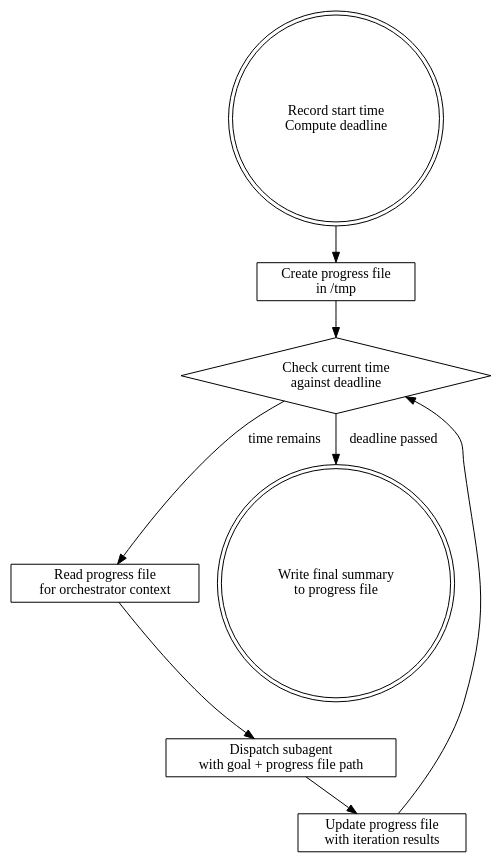
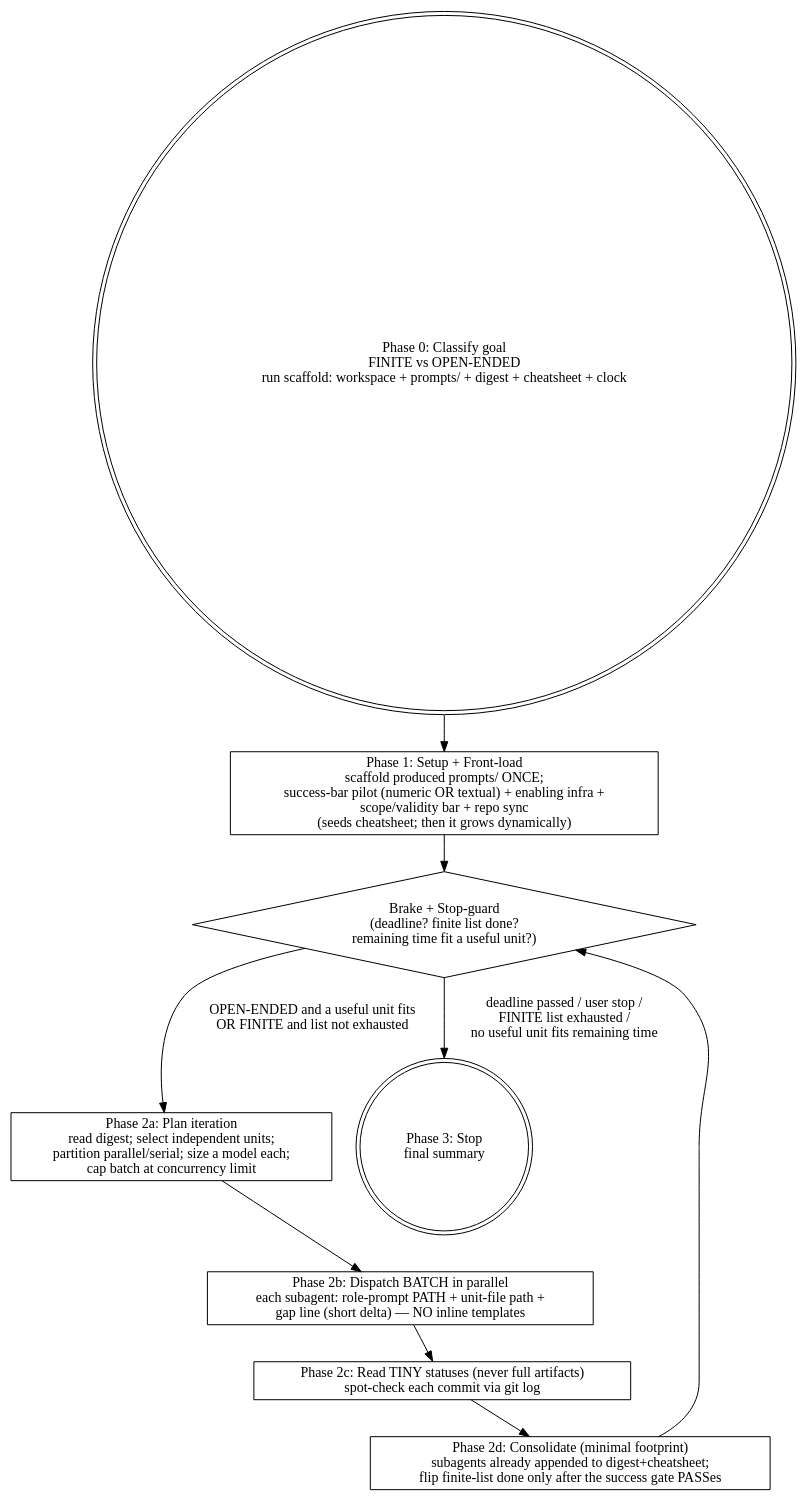
The diagram in skills/timeboxed-iterating/SKILL.md (micr-dev/ai), drawn with Graphviz before and after one commit. The commit also changed other lines of this file and 93 other files, not shown here.

````diff
--- a/skills/timeboxed-iterating/SKILL.md
+++ b/skills/timeboxed-iterating/SKILL.md
@@ -38,21 +151,20 @@
 ```dot
 digraph timeboxed {
     rankdir=TB;
     node [shape=box];
 
-    start [label="Record start time\nCompute deadline" shape=doublecircle];
-    init [label="Create progress file\nin /tmp"];
-    check [label="Check current time\nagainst deadline" shape=diamond];
-    read_log [label="Read progress file\nfor orchestrator context"];
-    dispatch [label="Dispatch subagent\nwith goal + progress file path"];
-    update [label="Update progress file\nwith iteration results"];
-    summary [label="Write final summary\nto progress file" shape=doublecircle];
+    classify [label="Phase 0: Classify goal\nFINITE vs OPEN-ENDED\nrun scaffold: workspace + prompts/ + digest + cheatsheet + clock" shape=doublecircle];
+    front    [label="Phase 1: Setup + Front-load\nscaffold produced prompts/ ONCE;\nsuccess-bar pilot (numeric OR textual) + enabling infra +\nscope/validity bar + repo sync\n(seeds cheatsheet; then it grows dynamically)"];
+    brake    [label="Brake + Stop-guard\n(deadline? finite list done?\nremaining time fit a useful unit?)" shape=diamond];
+    plan     [label="Phase 2a: Plan iteration\nread digest; select independent units;\npartition parallel/serial; size a model each;\ncap batch at concurrency limit"];
+    dispatch [label="Phase 2b: Dispatch BATCH in parallel\neach subagent: role-prompt PATH + unit-file path +\ngap line (short delta) — NO inline templates"];
+    collect  [label="Phase 2c: Read TINY statuses (never full artifacts)\nspot-check each commit via git log"];
+    consol   [label="Phase 2d: Consolidate (minimal footprint)\nsubagents already appended to digest+cheatsheet;\nflip finite-list done only after the success gate PASSes"];
+    done     [label="Phase 3: Stop\nfinal summary" shape=doublecircle];
 
-    start -> init -> check;
-    check -> read_log [label="time remains"];
-    check -> summary [label="deadline passed"];
-    read_log -> dispatch;
-    dispatch -> update;
-    update -> check;
+    classify -> front -> brake;
+    brake -> plan  [label="OPEN-ENDED and a useful unit fits\nOR FINITE and list not exhausted"];
+    brake -> done  [label="deadline passed / user stop /\nFINITE list exhausted /\nno useful unit fits remaining time"];
+    plan -> dispatch -> collect -> consol -> brake;
 }
 ```
````
